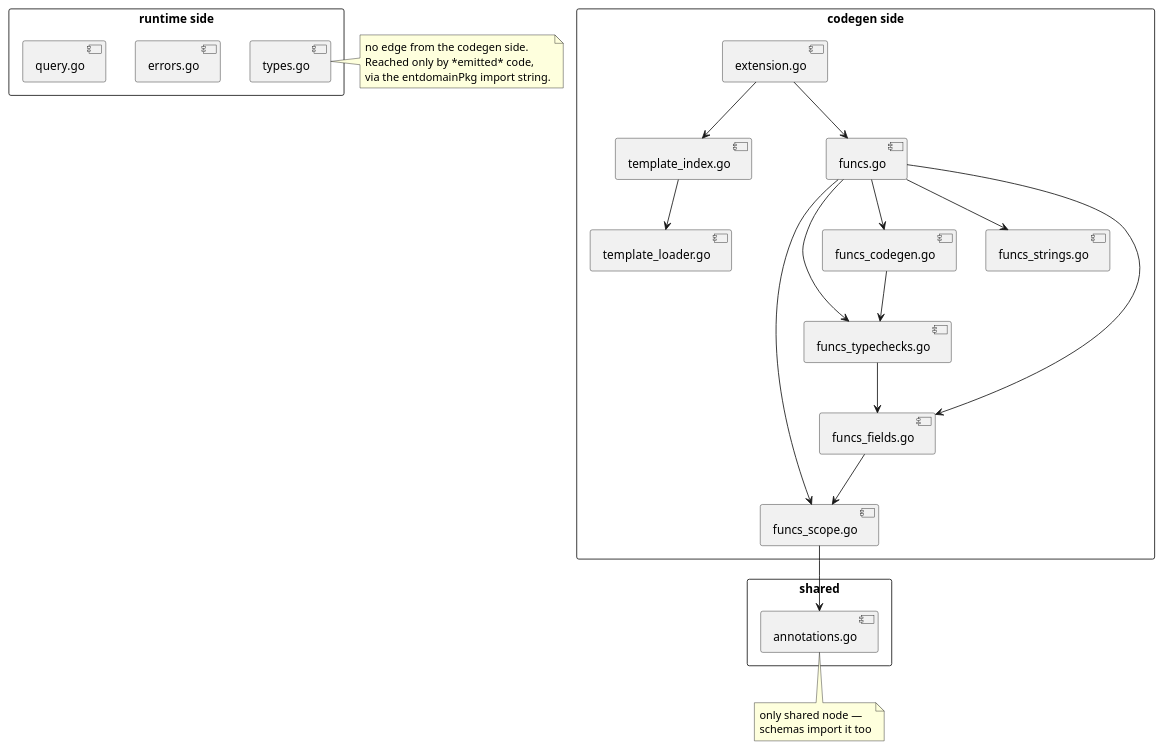
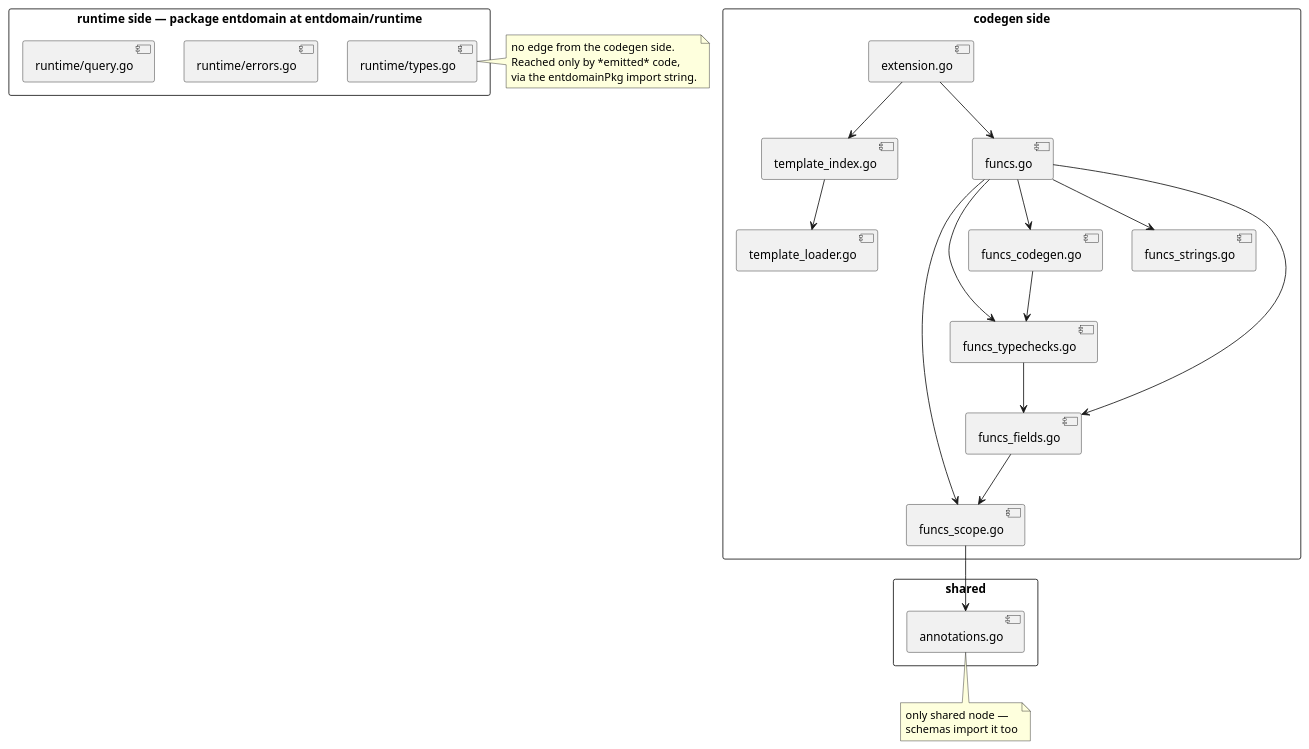
Before and after one commit to githonllc/entapi: the second of 5 diagrams in ARCHITECTURE.md, drawn with PlantUML. The commit also changed other lines of this file and 108 other files, not shown here.

````diff
--- a/ARCHITECTURE.md
+++ b/ARCHITECTURE.md
@@ -86,38 +88,38 @@
 ```plantuml
 @startuml
 skinparam packageStyle rectangle
 package "codegen side" {
   [extension.go] as EXT
   [template_index.go] as IDX
   [template_loader.go] as LOAD
   [funcs.go] as F
   [funcs_fields.go] as FF
   [funcs_scope.go] as FS
   [funcs_typechecks.go] as FT
   [funcs_codegen.go] as FC
   [funcs_strings.go] as FSTR
 }
 package "shared" {
   [annotations.go] as ANN
 }
-package "runtime side" {
-  [types.go] as T
-  [errors.go] as E
-  [query.go] as C
+package "runtime side — package entdomain at entdomain/runtime" {
+  [runtime/types.go] as T
+  [runtime/errors.go] as E
+  [runtime/query.go] as C
 }
 EXT --> IDX
 EXT --> F
 IDX --> LOAD
 F --> FF
 F --> FS
 F --> FT
 F --> FC
 F --> FSTR
 FF --> FS
 FT --> FF
 FC --> FT
 FS --> ANN
 note bottom of ANN : only shared node —\nschemas import it too
 note right of T : no edge from the codegen side.\nReached only by *emitted* code,\nvia the entdomainPkg import string.
 @enduml
 ```
````
